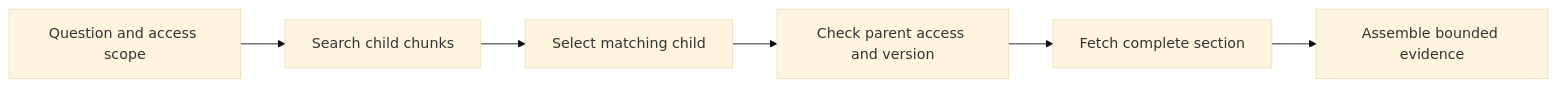
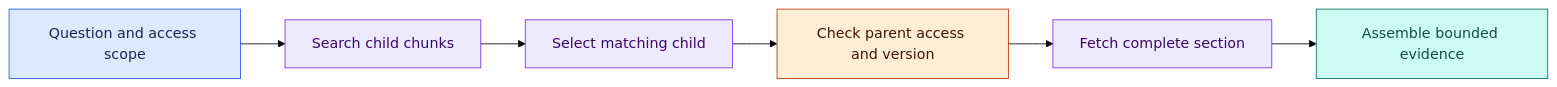
Before and after one commit to Shaktiprasadram22/system-design-26-week-roadmap: the fifth of 5 diagrams in chapters/05-ai-fundamentals-and-rag.md, drawn with Mermaid (base theme). The commit also changed other lines of this file and 21 other files, not shown here.

````diff
--- a/chapters/05-ai-fundamentals-and-rag.md
+++ b/chapters/05-ai-fundamentals-and-rag.md
@@ -330,8 +396,17 @@
 ```mermaid
 flowchart LR
     A[Question and access scope] --> B[Search child chunks]
     B --> C[Select matching child]
     C --> D[Check parent access and version]
     D --> E[Fetch complete section]
     E --> F[Assemble bounded evidence]
+
+    classDef input fill:#dbeafe,stroke:#2563eb,color:#172554;
+    classDef service fill:#ede9fe,stroke:#7c3aed,color:#3b0764;
+    classDef data fill:#ccfbf1,stroke:#0f766e,color:#134e4a;
+    classDef edge fill:#ffedd5,stroke:#c2410c,color:#431407;
+    class A input;
+    class B,C,E service;
+    class D edge;
+    class F data;
 ```
````
